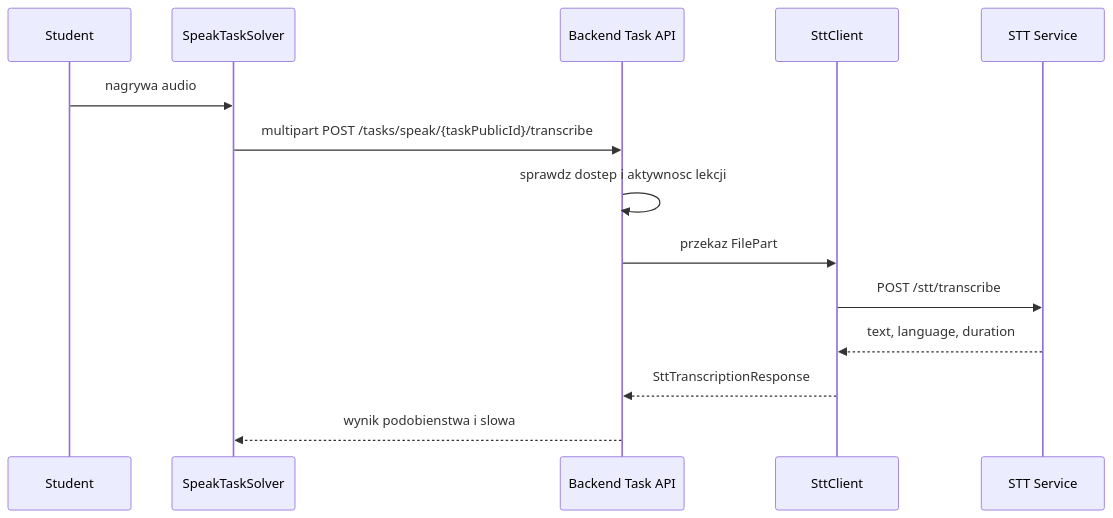
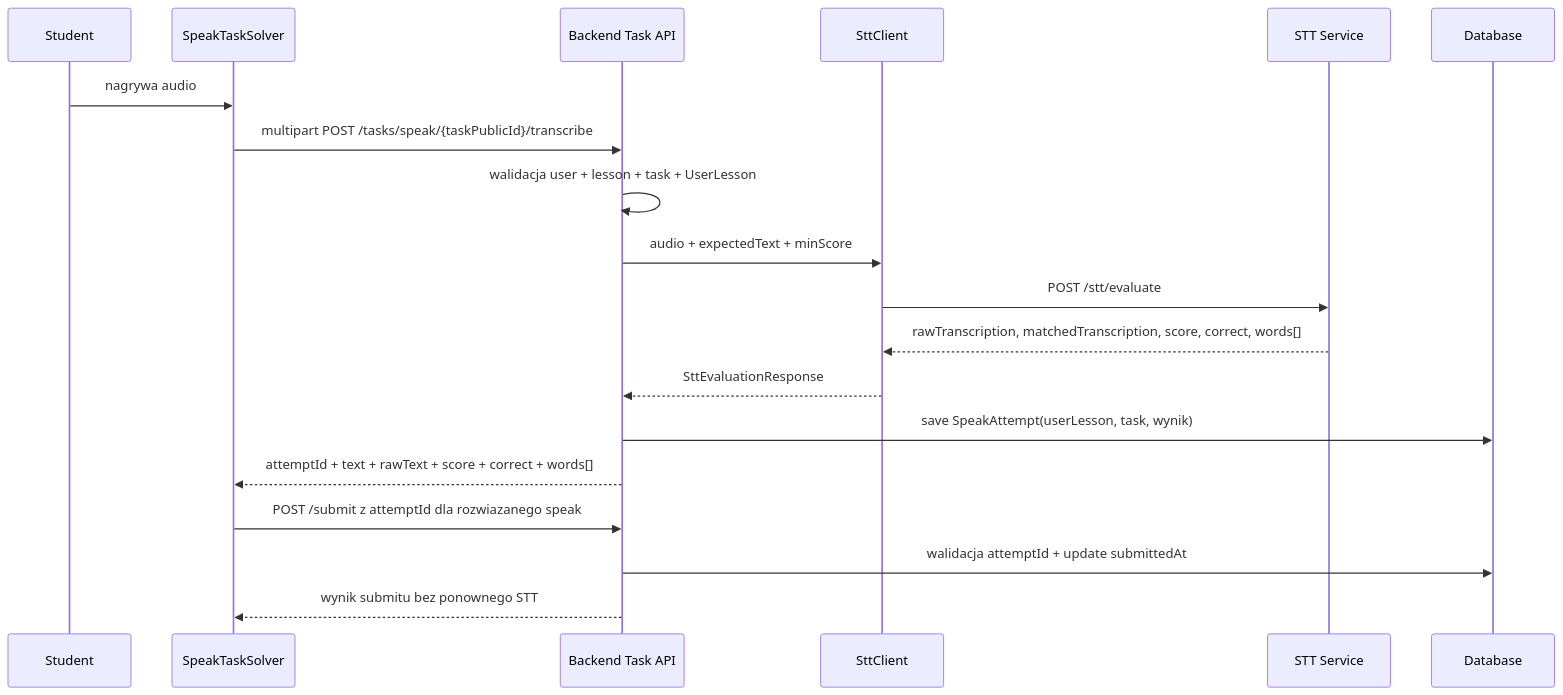
One commit to Free-edu-org/E-Learning changed the diagram in docs/obsidian/Przeplyw - rozpoznawanie mowy.md. Above: the diagram before and after it, drawn with Mermaid. The commit also changed other lines of this file and 33 other files, not shown here.

First line of the commit message:
feat: implement STT evaluation flow and update SpeakTask handling

````diff
--- a/docs/obsidian/Przeplyw - rozpoznawanie mowy.md
+++ b/docs/obsidian/Przeplyw - rozpoznawanie mowy.md
@@ -3,16 +3,22 @@
 ```mermaid
 sequenceDiagram
   participant S as Student
   participant F as SpeakTaskSolver
   participant B as Backend Task API
   participant C as SttClient
   participant STT as STT Service
+  participant DB as Database
+
   S->>F: nagrywa audio
   F->>B: multipart POST /tasks/speak/{taskPublicId}/transcribe
-  B->>B: sprawdz dostep i aktywnosc lekcji
-  B->>C: przekaz FilePart
-  C->>STT: POST /stt/transcribe
-  STT-->>C: text, language, duration
-  C-->>B: SttTranscriptionResponse
-  B-->>F: wynik podobienstwa i slowa
+  B->>B: walidacja user + lesson + task + UserLesson
+  B->>C: audio + expectedText + minScore
+  C->>STT: POST /stt/evaluate
+  STT-->>C: rawTranscription, matchedTranscription, score, correct, words[]
+  C-->>B: SttEvaluationResponse
+  B->>DB: save SpeakAttempt(userLesson, task, wynik)
+  B-->>F: attemptId + text + rawText + score + correct + words[]
+  F->>B: POST /submit z attemptId dla rozwiazanego speak
+  B->>DB: walidacja attemptId + update submittedAt
+  B-->>F: wynik submitu bez ponownego STT
 ```
````
